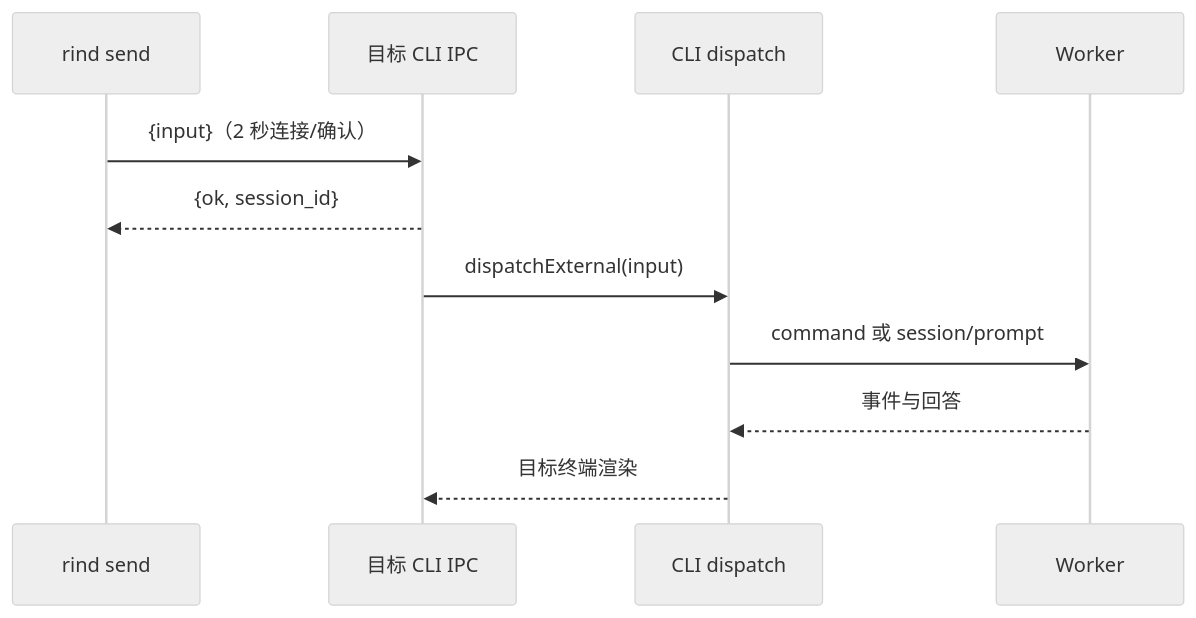
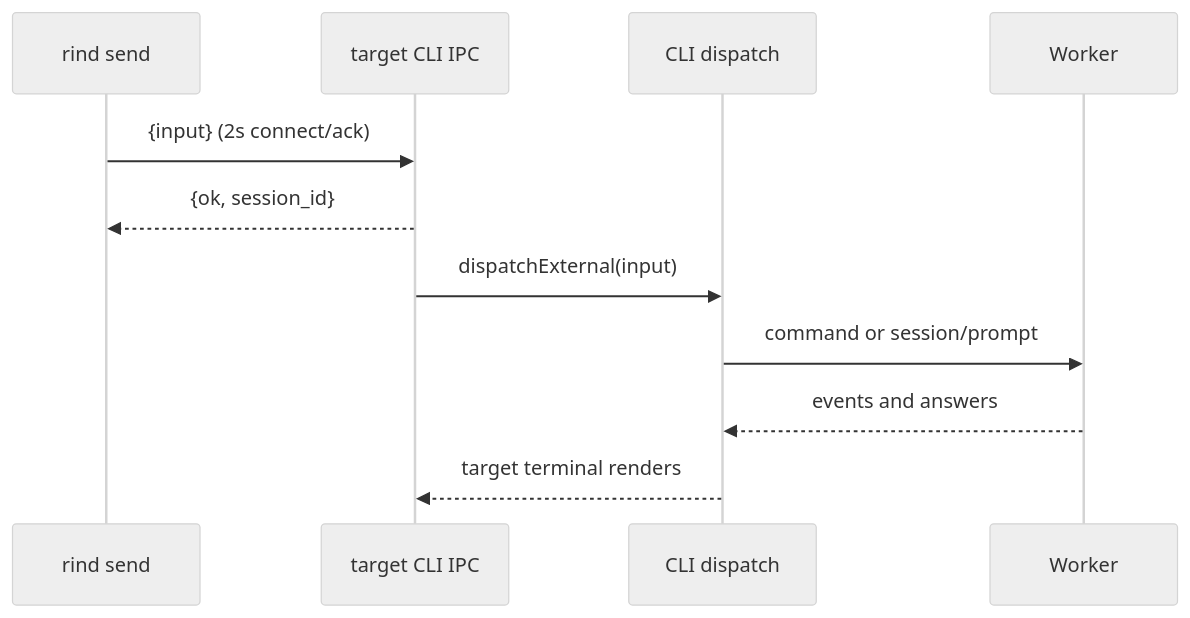
One commit to Azzurroooo/rind changed the diagram in docs/internals/07-surfaces/send.md. Above: the diagram before and after it, drawn with Mermaid (neutral theme). The commit also changed other lines of this file and 109 other files, not shown here.

```diff
--- a/docs/internals/07-surfaces/send.md
+++ b/docs/internals/07-surfaces/send.md
@@ -5,13 +7,13 @@
 ~~~mermaid
 sequenceDiagram
     participant S as rind send
-    participant I as 目标 CLI IPC
+    participant I as target CLI IPC
     participant C as CLI dispatch
     participant W as Worker
-    S->>I: {input}（2 秒连接/确认）
+    S->>I: {input} (2s connect/ack)
     I-->>S: {ok, session_id}
     I->>C: dispatchExternal(input)
-    C->>W: command 或 session/prompt
-    W-->>C: 事件与回答
-    C-->>I: 目标终端渲染
+    C->>W: command or session/prompt
+    W-->>C: events and answers
+    C-->>I: target terminal renders
 ~~~
```
